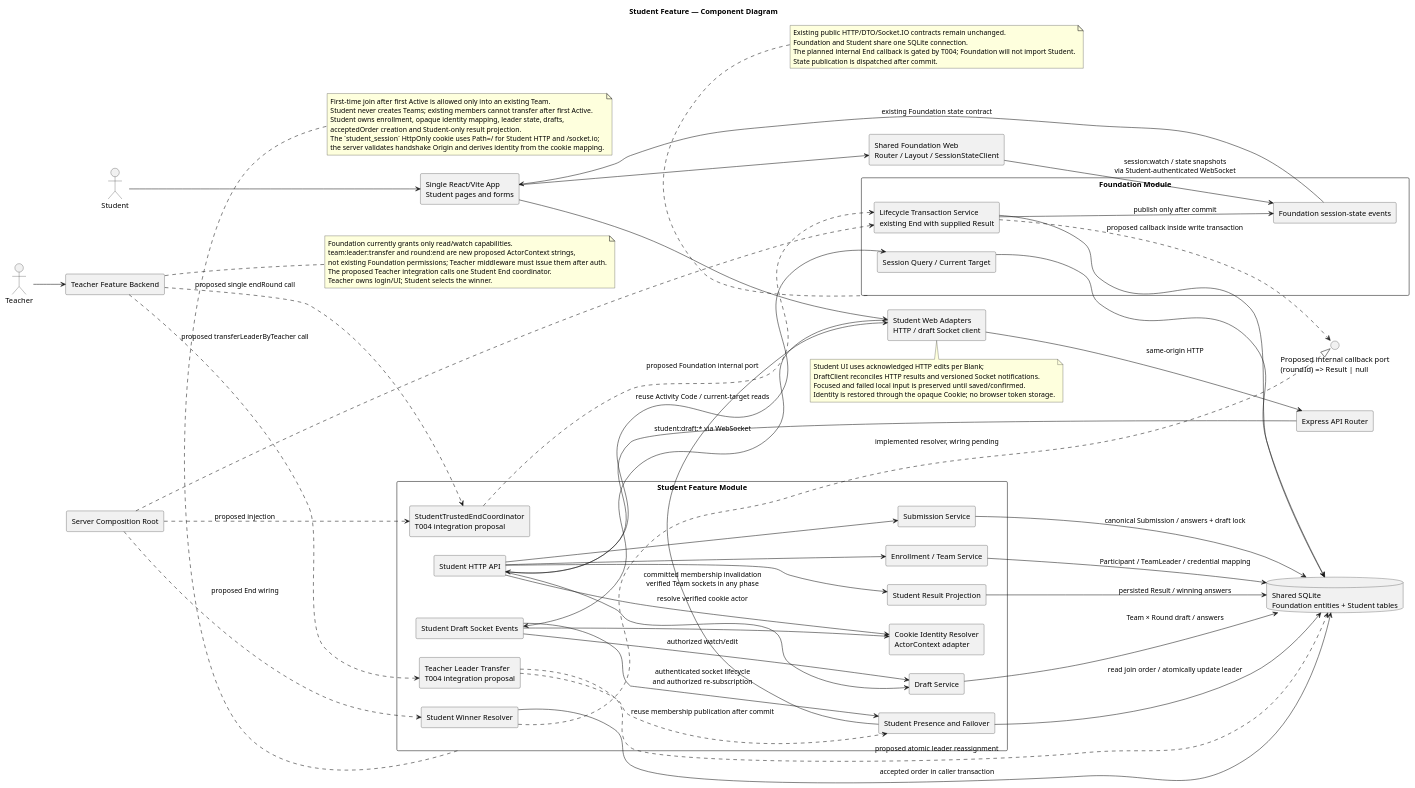
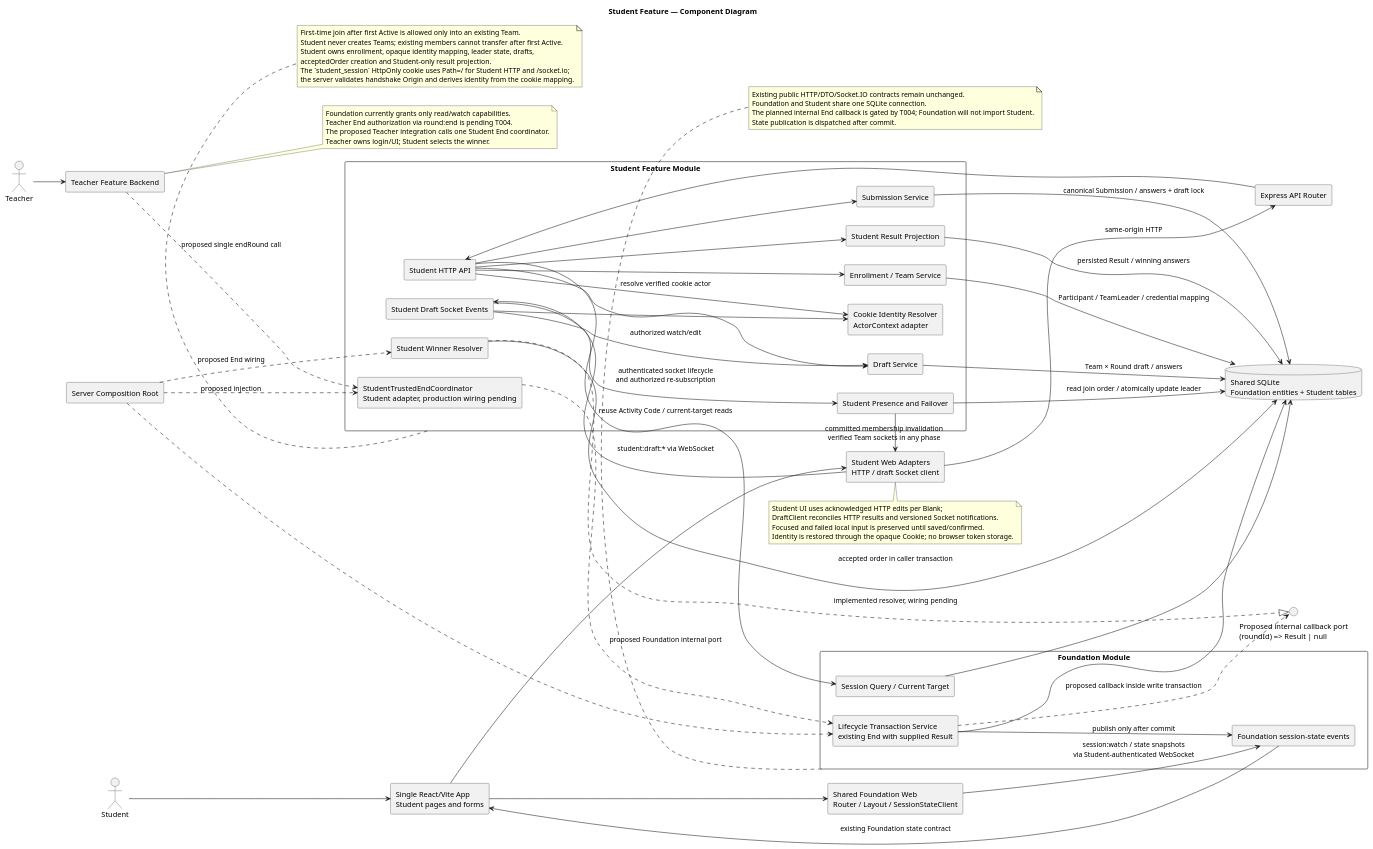
One commit to yuyu-lcoavte/quiz-system changed the diagram in diagrams/002-student-feature-component.puml. Above: the diagram before and after it, drawn with PlantUML. The commit also changed 20 other files, not shown here.

Commit message:
feat(student): prepare trusted end coordination and race tests

```diff
--- a/diagrams/002-student-feature-component.puml
+++ b/diagrams/002-student-feature-component.puml
@@ -1,106 +1,101 @@
 @startuml
 title Student Feature — Component Diagram
 left to right direction
 skinparam componentStyle rectangle
 
 actor Student
 actor Teacher
 
 component "Single React/Vite App\nStudent pages and forms" as Web
 component "Student Web Adapters\nHTTP / draft Socket client" as StudentClient
 component "Shared Foundation Web\nRouter / Layout / SessionStateClient" as FoundationWeb
 
 component "Express API Router" as Api
 component "Student Feature Module" as StudentModule {
   component "Student HTTP API" as StudentApi
   component "Cookie Identity Resolver\nActorContext adapter" as Identity
   component "Enrollment / Team Service" as TeamService
   component "Draft Service" as DraftService
   component "Submission Service" as SubmissionService
   component "Student Winner Resolver" as WinnerService
   component "Student Result Projection" as ResultProjection
-  component "Teacher Leader Transfer\nT004 integration proposal" as LeaderTransfer
-  component "StudentTrustedEndCoordinator\nT004 integration proposal" as EndCoordinator
+  component "StudentTrustedEndCoordinator\nStudent adapter, production wiring pending" as EndCoordinator
   component "Student Draft Socket Events" as DraftSocket
   component "Student Presence and Failover" as Presence
 }
 component "Foundation Module" as Foundation {
   component "Session Query / Current Target" as ReadService
   component "Lifecycle Transaction Service\nexisting End with supplied Result" as Lifecycle
   component "Foundation session-state events" as StateEvents
 }
 component "Teacher Feature Backend" as TeacherModule
 component "Server Composition Root" as Composition
 interface "Proposed internal callback port\n(roundId) => Result | null" as WinnerPort
 database "Shared SQLite\nFoundation entities + Student tables" as DB
 
 Student --> Web
 Teacher --> TeacherModule
 Web --> FoundationWeb
 Web --> StudentClient
 StudentClient --> Api : same-origin HTTP
 StudentClient --> DraftSocket : student:draft:* via WebSocket
 FoundationWeb --> StateEvents : session:watch / state snapshots\nvia Student-authenticated WebSocket
 Api --> StudentApi
 StudentApi --> Identity : resolve verified cookie actor
 StudentApi --> TeamService
 StudentApi --> DraftService
 StudentApi --> SubmissionService
 StudentApi --> ResultProjection
 StudentApi --> ReadService : reuse Activity Code / current-target reads
 DraftSocket --> Identity
 DraftSocket --> DraftService : authorized watch/edit
 DraftSocket --> Presence : authenticated socket lifecycle\nand authorized re-subscription
 Presence --> DB : read join order / atomically update leader
 Presence --> StudentClient : committed membership invalidation\nverified Team sockets in any phase
-LeaderTransfer ..> Presence : reuse membership publication after commit
 TeamService --> DB : Participant / TeamLeader / credential mapping
 DraftService --> DB : Team × Round draft / answers
 SubmissionService --> DB : canonical Submission / answers + draft lock
 WinnerService --> DB : accepted order in caller transaction
 ResultProjection --> DB : persisted Result / winning answers
 ReadService --> DB
 Lifecycle --> DB
-TeacherModule ..> LeaderTransfer : proposed transferLeaderByTeacher call
-LeaderTransfer ..> DB : proposed atomic leader reassignment
 TeacherModule ..> EndCoordinator : proposed single endRound call
 EndCoordinator ..> Lifecycle : proposed Foundation internal port
 Lifecycle ..> WinnerPort : proposed callback inside write transaction
 WinnerService ..|> WinnerPort : implemented resolver, wiring pending
 Lifecycle --> StateEvents : publish only after commit
 StateEvents --> Web : existing Foundation state contract
 Composition ..> EndCoordinator : proposed injection
 Composition ..> Lifecycle
 Composition ..> WinnerService : proposed End wiring
 
 note bottom of StudentModule
 First-time join after first Active is allowed only into an existing Team.
 Student never creates Teams; existing members cannot transfer after first Active.
 Student owns enrollment, opaque identity mapping, leader state, drafts,
 acceptedOrder creation and Student-only result projection.
 The `student_session` HttpOnly cookie uses Path=/ for Student HTTP and /socket.io;
 the server validates handshake Origin and derives identity from the cookie mapping.
 end note
 
 note bottom of StudentClient
 Student UI uses acknowledged HTTP edits per Blank;
 DraftClient reconciles HTTP results and versioned Socket notifications.
 Focused and failed local input is preserved until saved/confirmed.
 Identity is restored through the opaque Cookie; no browser token storage.
 end note
 
 note bottom of Foundation
 Existing public HTTP/DTO/Socket.IO contracts remain unchanged.
 Foundation and Student share one SQLite connection.
 The planned internal End callback is gated by T004; Foundation will not import Student.
 State publication is dispatched after commit.
 end note
 
 note right of TeacherModule
 Foundation currently grants only read/watch capabilities.
-team:leader:transfer and round:end are new proposed ActorContext strings,
-not existing Foundation permissions; Teacher middleware must issue them after auth.
+Teacher End authorization via round:end is pending T004.
 The proposed Teacher integration calls one Student End coordinator.
 Teacher owns login/UI; Student selects the winner.
 end note
 @enduml
```
